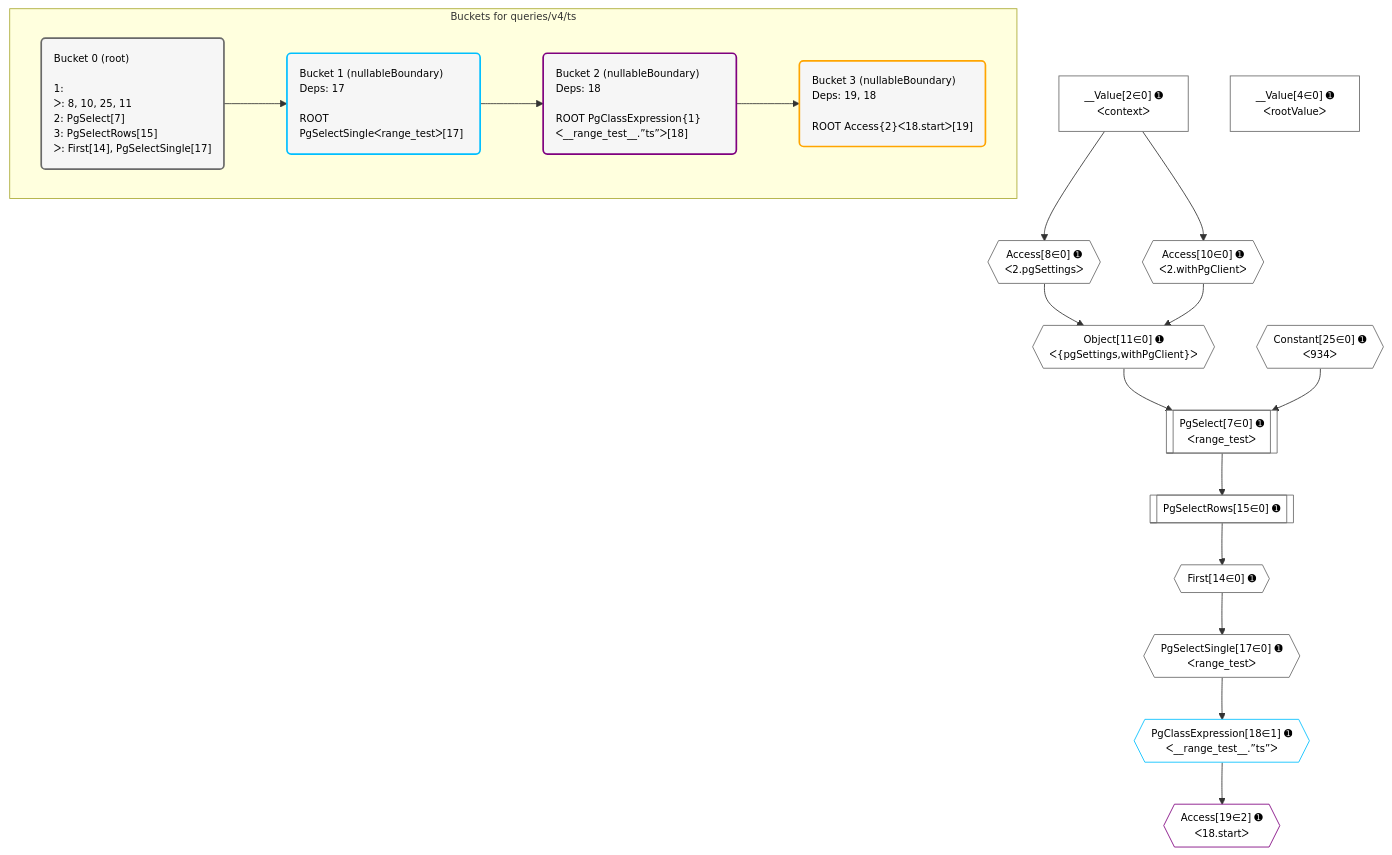
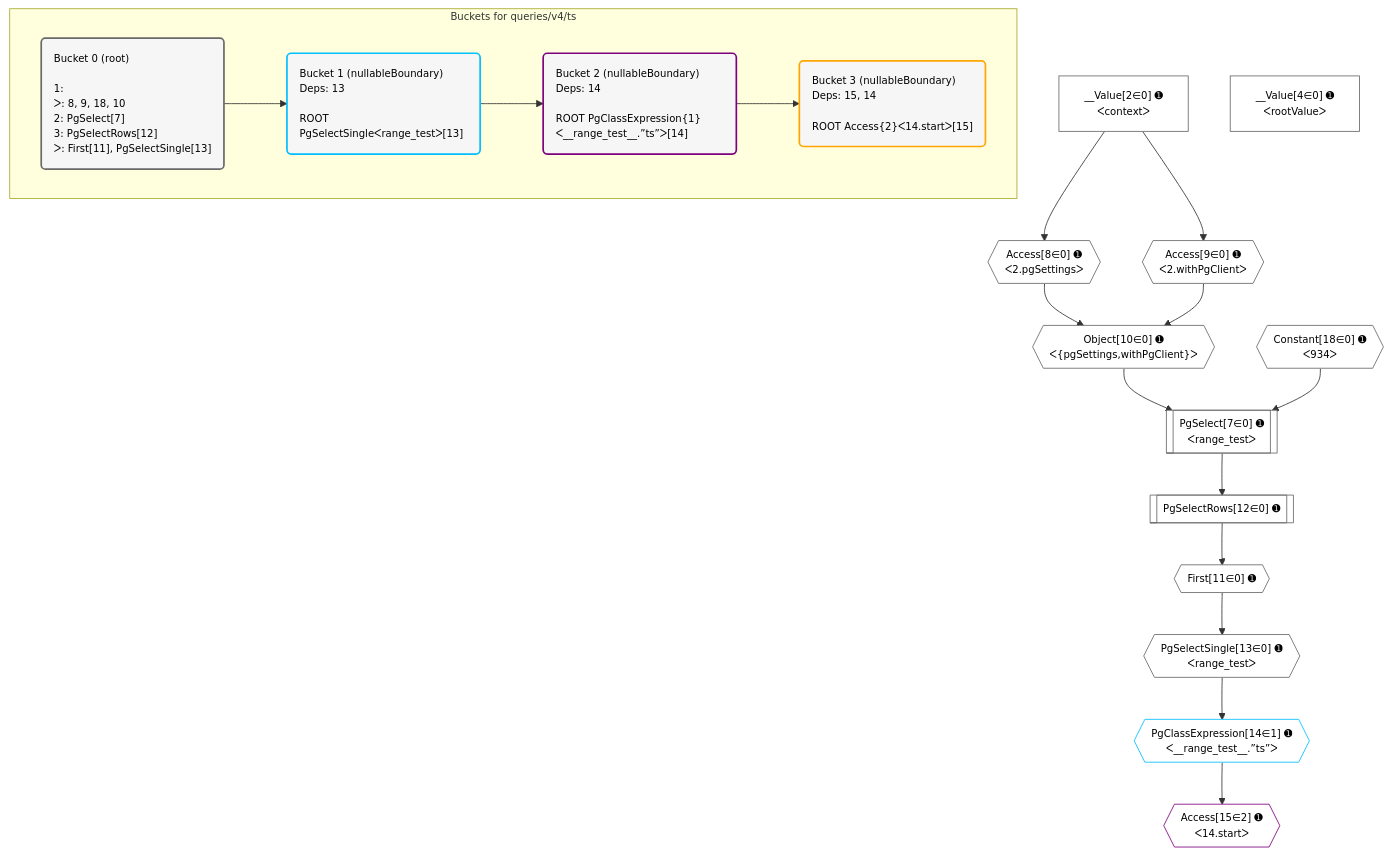
One commit to graphile/crystal changed the diagram in postgraphile/postgraphile/__tests__/queries/v4/ts.mermaid. Above: the diagram before and after it, drawn with Mermaid. The commit also changed 380 other files, not shown here.

```diff
--- a/postgraphile/postgraphile/__tests__/queries/v4/ts.mermaid
+++ b/postgraphile/postgraphile/__tests__/queries/v4/ts.mermaid
@@ -1,51 +1,51 @@
 %%{init: {'themeVariables': { 'fontSize': '12px'}}}%%
 graph TD
     classDef path fill:#eee,stroke:#000,color:#000
     classDef plan fill:#fff,stroke-width:1px,color:#000
     classDef itemplan fill:#fff,stroke-width:2px,color:#000
     classDef unbatchedplan fill:#dff,stroke-width:1px,color:#000
     classDef sideeffectplan fill:#fcc,stroke-width:2px,color:#000
     classDef bucket fill:#f6f6f6,color:#000,stroke-width:2px,text-align:left
 
     subgraph "Buckets for queries/v4/ts"
-    Bucket0("Bucket 0 (root)<br /><br />1: <br />ᐳ: 8, 10, 25, 11<br />2: PgSelect[7]<br />3: PgSelectRows[15]<br />ᐳ: First[14], PgSelectSingle[17]"):::bucket
-    Bucket1("Bucket 1 (nullableBoundary)<br />Deps: 17<br /><br />ROOT PgSelectSingleᐸrange_testᐳ[17]"):::bucket
-    Bucket2("Bucket 2 (nullableBoundary)<br />Deps: 18<br /><br />ROOT PgClassExpression{1}ᐸ__range_test__.”ts”ᐳ[18]"):::bucket
-    Bucket3("Bucket 3 (nullableBoundary)<br />Deps: 19, 18<br /><br />ROOT Access{2}ᐸ18.startᐳ[19]"):::bucket
+    Bucket0("Bucket 0 (root)<br /><br />1: <br />ᐳ: 8, 9, 18, 10<br />2: PgSelect[7]<br />3: PgSelectRows[12]<br />ᐳ: First[11], PgSelectSingle[13]"):::bucket
+    Bucket1("Bucket 1 (nullableBoundary)<br />Deps: 13<br /><br />ROOT PgSelectSingleᐸrange_testᐳ[13]"):::bucket
+    Bucket2("Bucket 2 (nullableBoundary)<br />Deps: 14<br /><br />ROOT PgClassExpression{1}ᐸ__range_test__.”ts”ᐳ[14]"):::bucket
+    Bucket3("Bucket 3 (nullableBoundary)<br />Deps: 15, 14<br /><br />ROOT Access{2}ᐸ14.startᐳ[15]"):::bucket
     end
     Bucket0 --> Bucket1
     Bucket1 --> Bucket2
     Bucket2 --> Bucket3
 
     %% plan dependencies
     PgSelect7[["PgSelect[7∈0] ➊<br />ᐸrange_testᐳ"]]:::plan
-    Object11{{"Object[11∈0] ➊<br />ᐸ{pgSettings,withPgClient}ᐳ"}}:::plan
-    Constant25{{"Constant[25∈0] ➊<br />ᐸ934ᐳ"}}:::plan
-    Object11 & Constant25 --> PgSelect7
+    Object10{{"Object[10∈0] ➊<br />ᐸ{pgSettings,withPgClient}ᐳ"}}:::plan
+    Constant18{{"Constant[18∈0] ➊<br />ᐸ934ᐳ"}}:::plan
+    Object10 & Constant18 --> PgSelect7
     Access8{{"Access[8∈0] ➊<br />ᐸ2.pgSettingsᐳ"}}:::plan
-    Access10{{"Access[10∈0] ➊<br />ᐸ2.withPgClientᐳ"}}:::plan
-    Access8 & Access10 --> Object11
+    Access9{{"Access[9∈0] ➊<br />ᐸ2.withPgClientᐳ"}}:::plan
+    Access8 & Access9 --> Object10
     __Value2["__Value[2∈0] ➊<br />ᐸcontextᐳ"]:::plan
     __Value2 --> Access8
-    __Value2 --> Access10
-    First14{{"First[14∈0] ➊"}}:::plan
-    PgSelectRows15[["PgSelectRows[15∈0] ➊"]]:::plan
-    PgSelectRows15 --> First14
-    PgSelect7 --> PgSelectRows15
-    PgSelectSingle17{{"PgSelectSingle[17∈0] ➊<br />ᐸrange_testᐳ"}}:::plan
-    First14 --> PgSelectSingle17
+    __Value2 --> Access9
+    First11{{"First[11∈0] ➊"}}:::plan
+    PgSelectRows12[["PgSelectRows[12∈0] ➊"]]:::plan
+    PgSelectRows12 --> First11
+    PgSelect7 --> PgSelectRows12
+    PgSelectSingle13{{"PgSelectSingle[13∈0] ➊<br />ᐸrange_testᐳ"}}:::plan
+    First11 --> PgSelectSingle13
     __Value4["__Value[4∈0] ➊<br />ᐸrootValueᐳ"]:::plan
-    PgClassExpression18{{"PgClassExpression[18∈1] ➊<br />ᐸ__range_test__.”ts”ᐳ"}}:::plan
-    PgSelectSingle17 --> PgClassExpression18
-    Access19{{"Access[19∈2] ➊<br />ᐸ18.startᐳ"}}:::plan
-    PgClassExpression18 --> Access19
+    PgClassExpression14{{"PgClassExpression[14∈1] ➊<br />ᐸ__range_test__.”ts”ᐳ"}}:::plan
+    PgSelectSingle13 --> PgClassExpression14
+    Access15{{"Access[15∈2] ➊<br />ᐸ14.startᐳ"}}:::plan
+    PgClassExpression14 --> Access15
 
     %% define steps
     classDef bucket0 stroke:#696969
-    class Bucket0,__Value2,__Value4,PgSelect7,Access8,Access10,Object11,First14,PgSelectRows15,PgSelectSingle17,Constant25 bucket0
+    class Bucket0,__Value2,__Value4,PgSelect7,Access8,Access9,Object10,First11,PgSelectRows12,PgSelectSingle13,Constant18 bucket0
     classDef bucket1 stroke:#00bfff
-    class Bucket1,PgClassExpression18 bucket1
+    class Bucket1,PgClassExpression14 bucket1
     classDef bucket2 stroke:#7f007f
-    class Bucket2,Access19 bucket2
+    class Bucket2,Access15 bucket2
     classDef bucket3 stroke:#ffa500
     class Bucket3 bucket3
```
